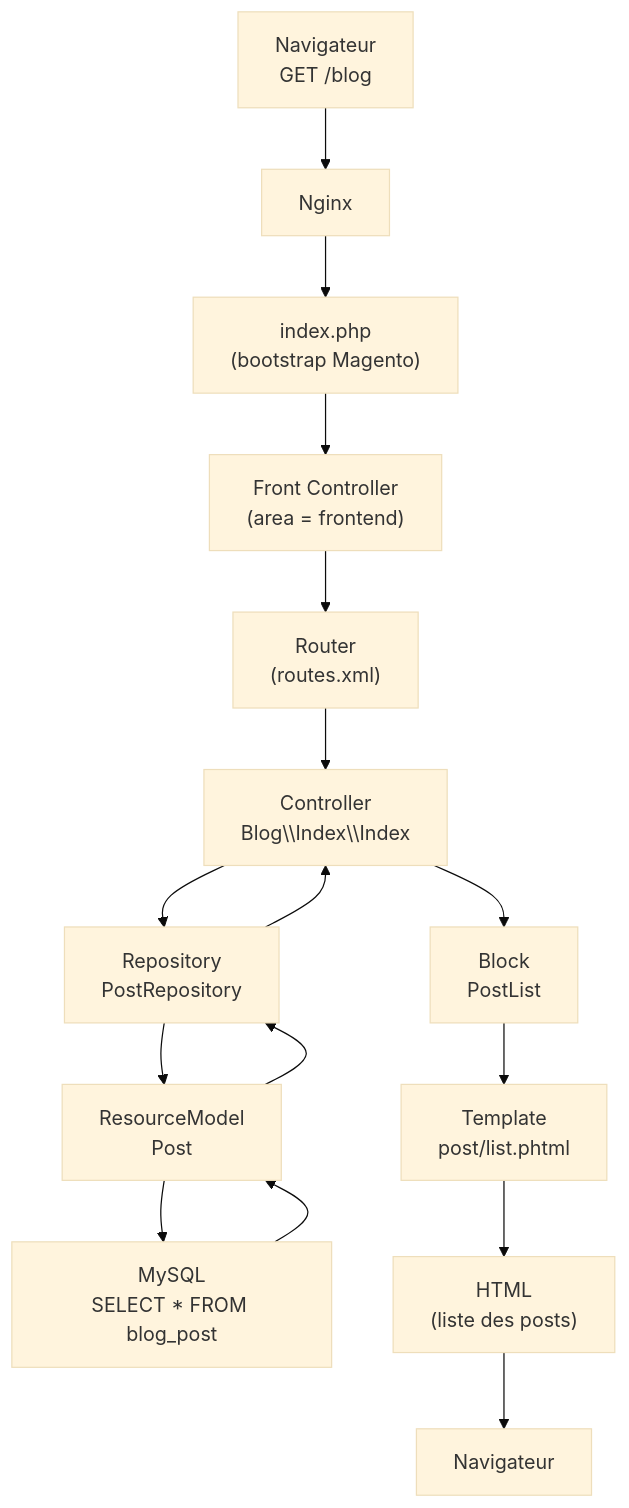
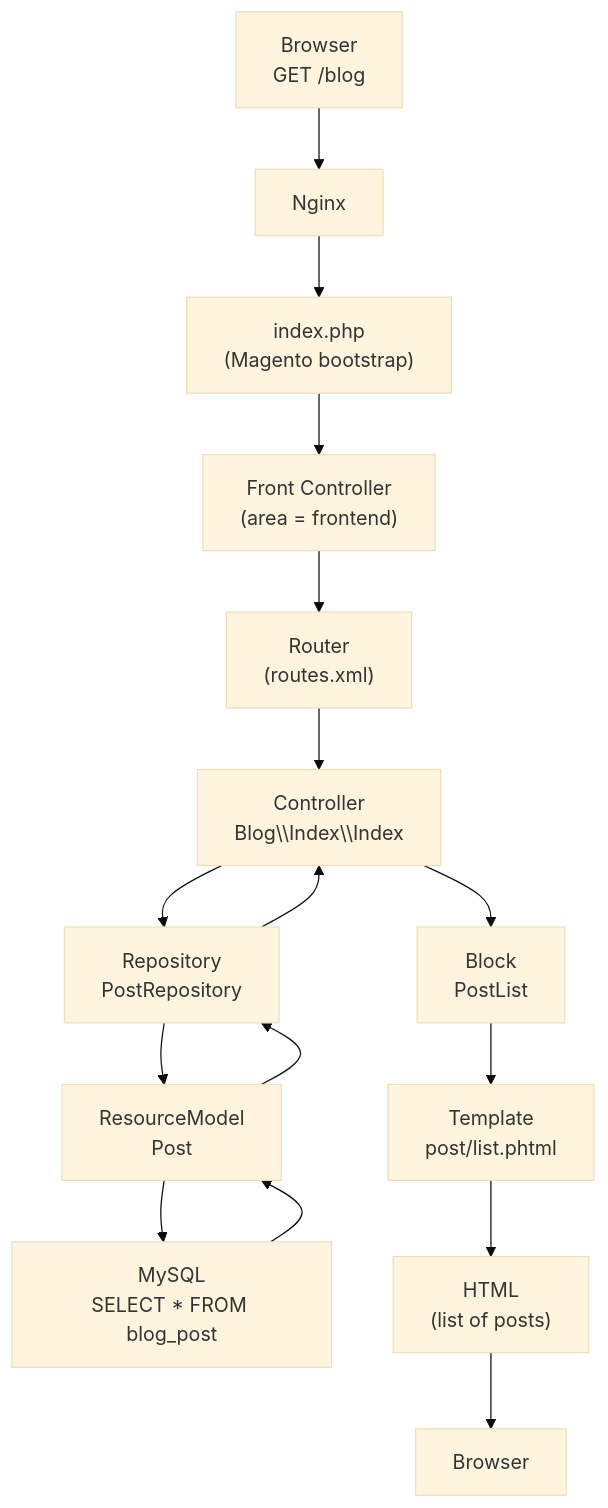
Before and after one commit to Boutayna4321/magento2: the first of 3 diagrams in docs/prerequisites/magento-components.md, drawn with Mermaid (base theme). The commit also changed other lines of this file and 7 other files, not shown here.

````diff
--- a/docs/prerequisites/magento-components.md
+++ b/docs/prerequisites/magento-components.md
@@ -68,18 +68,18 @@
 ```mermaid
 flowchart TD
-    A["Navigateur<br/>GET /blog"] --> B["Nginx"]
-    B --> C["index.php<br/>(bootstrap Magento)"]
+    A["Browser<br/>GET /blog"] --> B["Nginx"]
+    B --> C["index.php<br/>(Magento bootstrap)"]
     C --> D["Front Controller<br/>(area = frontend)"]
     D --> E["Router<br/>(routes.xml)"]
     E --> F["Controller<br/>Blog\\Index\\Index"]
     F --> G["Repository<br/>PostRepository"]
     G --> H["ResourceModel<br/>Post"]
     H --> I["MySQL<br/>SELECT * FROM blog_post"]
     I --> H
     H --> G
     G --> F
     F --> J["Block<br/>PostList"]
     J --> K["Template<br/>post/list.phtml"]
-    K --> L["HTML<br/>(liste des posts)"]
-    L --> M["Navigateur"]
+    K --> L["HTML<br/>(list of posts)"]
+    L --> M["Browser"]
 ```
````
